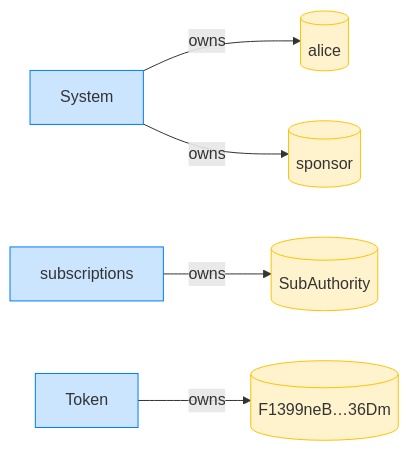
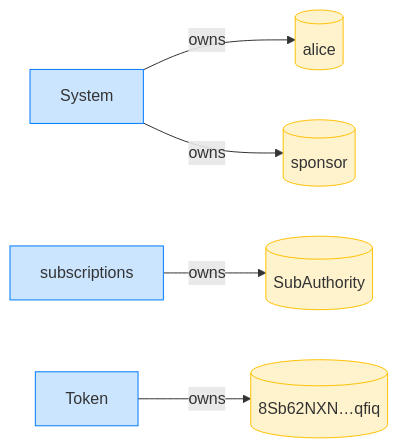
One commit to cds-rs/subscriptions changed the fourth of 4 diagrams in dsl_tests/initialize-with-a-sponsor.md. Above: the diagram before and after it, drawn with Mermaid. The commit also changed other lines of this file and 224 other files, not shown here.

````diff
--- a/dsl_tests/initialize-with-a-sponsor.md
+++ b/dsl_tests/initialize-with-a-sponsor.md
@@ -76,16 +81,16 @@
 ```mermaid
 flowchart LR
     classDef owner fill:#cce5ff,stroke:#007bff;
     classDef account fill:#fff3cd,stroke:#ffc107;
     System[System]:::owner
     alice[(alice)]:::account
     subscriptions[subscriptions]:::owner
     SubAuthority[(SubAuthority)]:::account
     Token[Token]:::owner
-    F1399neB_36Dm[("F1399neB…36Dm")]:::account
+    8Sb62NXN_qfiq[("8Sb62NXN…qfiq")]:::account
     sponsor[(sponsor)]:::account
     System -->|owns| alice
     subscriptions -->|owns| SubAuthority
-    Token -->|owns| F1399neB_36Dm
+    Token -->|owns| 8Sb62NXN_qfiq
     System -->|owns| sponsor
 ```
````
